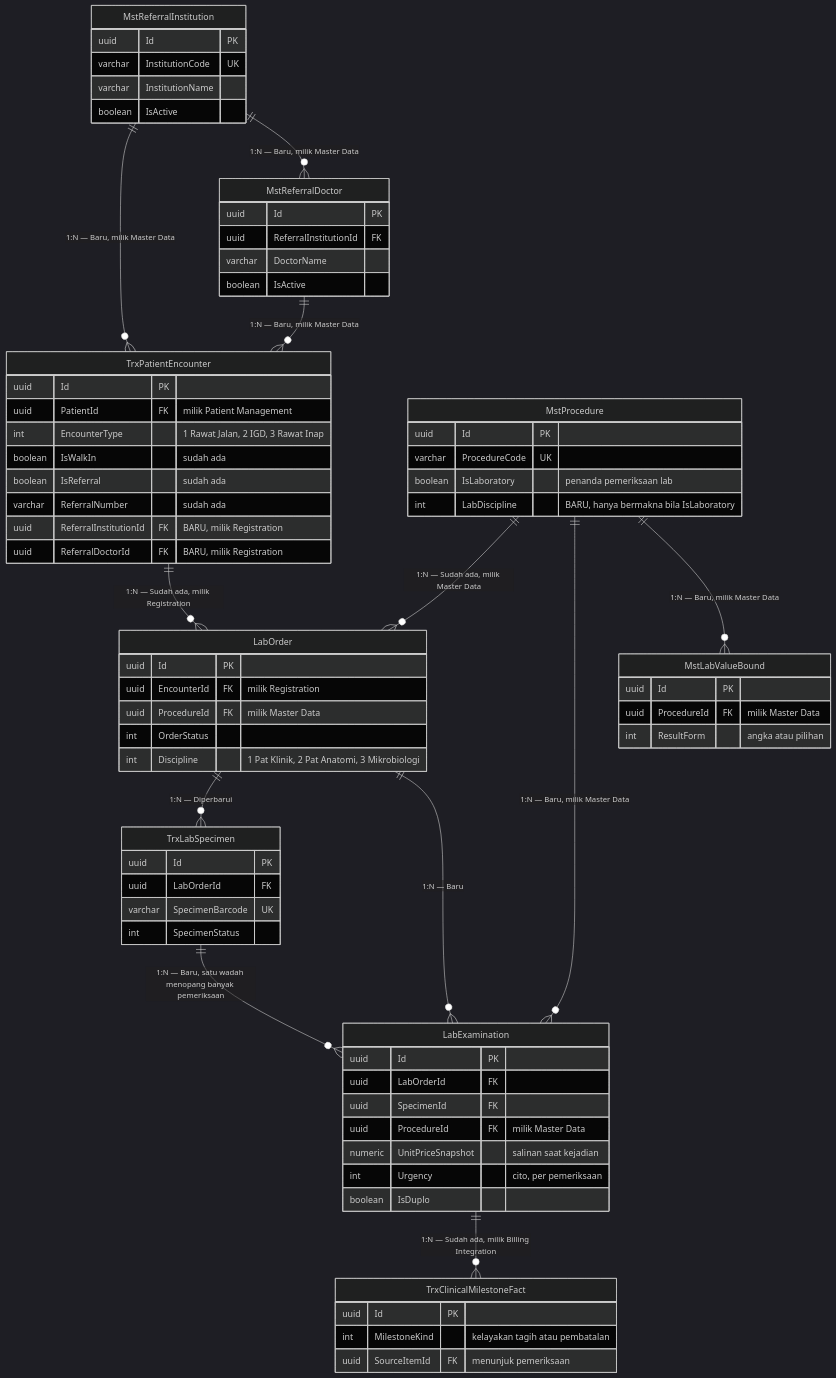
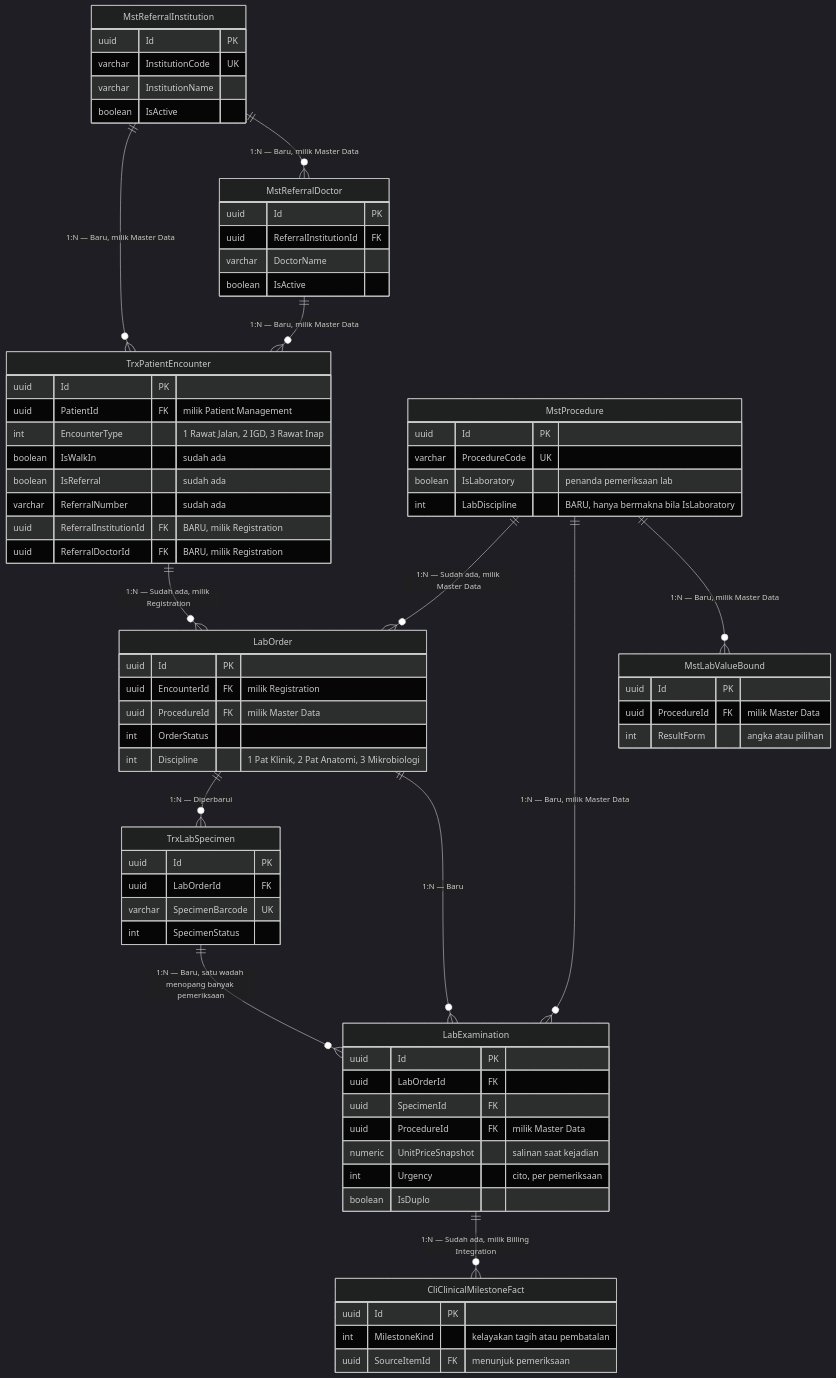
The diagram in docs/module-blueprints/laboratorium/erd/00-context-erd.md (DevBenari/NewQuilvianSystemBackend), drawn with Mermaid (dark theme) before and after one commit. The commit also changed other lines of this file and 19 other files, not shown here.

````diff
--- a/docs/module-blueprints/laboratorium/erd/00-context-erd.md
+++ b/docs/module-blueprints/laboratorium/erd/00-context-erd.md
@@ -18,75 +18,75 @@
 ```mermaid
 erDiagram
     TrxPatientEncounter {
         uuid Id PK
         uuid PatientId FK "milik Patient Management"
         int EncounterType "1 Rawat Jalan, 2 IGD, 3 Rawat Inap"
         boolean IsWalkIn "sudah ada"
         boolean IsReferral "sudah ada"
         varchar ReferralNumber "sudah ada"
         uuid ReferralInstitutionId FK "BARU, milik Registration"
         uuid ReferralDoctorId FK "BARU, milik Registration"
     }
     MstProcedure {
         uuid Id PK
         varchar ProcedureCode UK
         boolean IsLaboratory "penanda pemeriksaan lab"
         int LabDiscipline "BARU, hanya bermakna bila IsLaboratory"
     }
     MstReferralInstitution {
         uuid Id PK
         varchar InstitutionCode UK
         varchar InstitutionName
         boolean IsActive
     }
     MstReferralDoctor {
         uuid Id PK
         uuid ReferralInstitutionId FK
         varchar DoctorName
         boolean IsActive
     }
     LabOrder {
         uuid Id PK
         uuid EncounterId FK "milik Registration"
         uuid ProcedureId FK "milik Master Data"
         int OrderStatus
         int Discipline "1 Pat Klinik, 2 Pat Anatomi, 3 Mikrobiologi"
     }
     TrxLabSpecimen {
         uuid Id PK
         uuid LabOrderId FK
         varchar SpecimenBarcode UK
         int SpecimenStatus
     }
     LabExamination {
         uuid Id PK
         uuid LabOrderId FK
         uuid SpecimenId FK
         uuid ProcedureId FK "milik Master Data"
         numeric UnitPriceSnapshot "salinan saat kejadian"
         int Urgency "cito, per pemeriksaan"
         boolean IsDuplo
     }
     MstLabValueBound {
         uuid Id PK
         uuid ProcedureId FK "milik Master Data"
         int ResultForm "angka atau pilihan"
     }
-    TrxClinicalMilestoneFact {
+    CliClinicalMilestoneFact {
         uuid Id PK
         int MilestoneKind "kelayakan tagih atau pembatalan"
         uuid SourceItemId FK "menunjuk pemeriksaan"
     }
 
     TrxPatientEncounter ||--o{ LabOrder : "1:N — Sudah ada, milik Registration"
     MstReferralInstitution ||--o{ TrxPatientEncounter : "1:N — Baru, milik Master Data"
     MstReferralInstitution ||--o{ MstReferralDoctor : "1:N — Baru, milik Master Data"
     MstReferralDoctor ||--o{ TrxPatientEncounter : "1:N — Baru, milik Master Data"
     MstProcedure ||--o{ LabOrder : "1:N — Sudah ada, milik Master Data"
     MstProcedure ||--o{ LabExamination : "1:N — Baru, milik Master Data"
     MstProcedure ||--o{ MstLabValueBound : "1:N — Baru, milik Master Data"
     LabOrder ||--o{ TrxLabSpecimen : "1:N — Diperbarui"
     LabOrder ||--o{ LabExamination : "1:N — Baru"
     TrxLabSpecimen ||--o{ LabExamination : "1:N — Baru, satu wadah menopang banyak pemeriksaan"
-    LabExamination ||--o{ TrxClinicalMilestoneFact : "1:N — Sudah ada, milik Billing Integration"
+    LabExamination ||--o{ CliClinicalMilestoneFact : "1:N — Sudah ada, milik Billing Integration"
 ```
````
